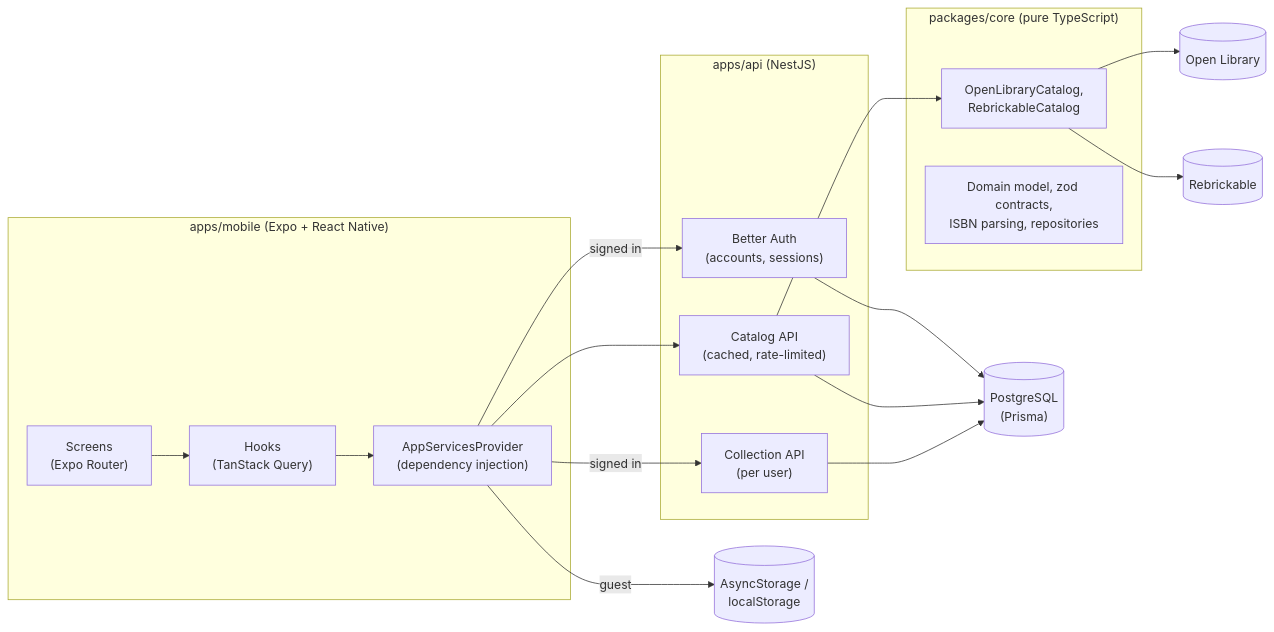
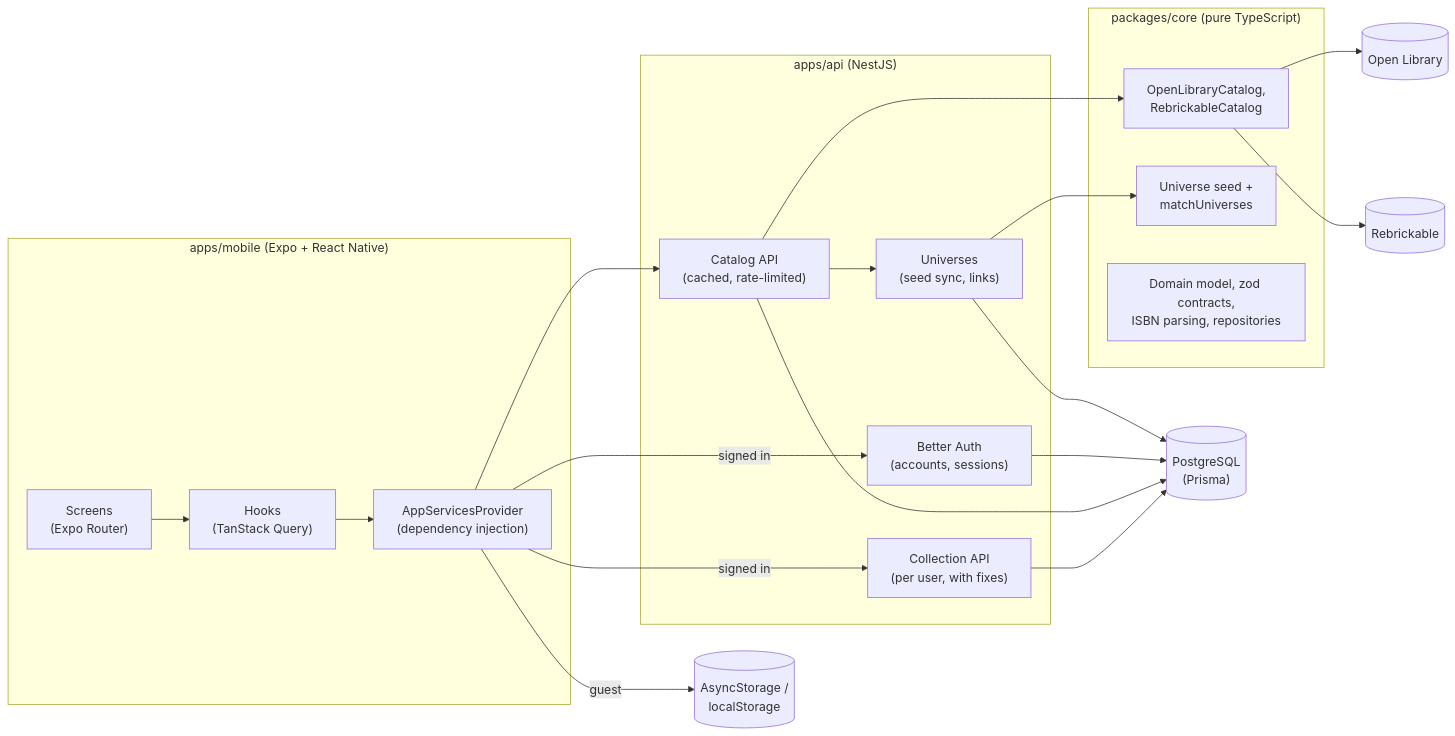
Before and after one commit to sbm2310/fandex: the diagram in README.md, drawn with Mermaid. The commit also changed other lines of this file and 8 other files, not shown here.

````diff
--- a/README.md
+++ b/README.md
@@ -40,26 +54,31 @@
 ```mermaid
 flowchart LR
   subgraph app["apps/mobile (Expo + React Native)"]
     screens["Screens<br/>(Expo Router)"] --> hooks["Hooks<br/>(TanStack Query)"]
     hooks --> services["AppServicesProvider<br/>(dependency injection)"]
   end
   subgraph api["apps/api (NestJS)"]
     auth["Better Auth<br/>(accounts, sessions)"]
     catalogApi["Catalog API<br/>(cached, rate-limited)"]
-    collectionApi["Collection API<br/>(per user)"]
+    collectionApi["Collection API<br/>(per user, with fixes)"]
+    universeApi["Universes<br/>(seed sync, links)"]
   end
   subgraph core["packages/core (pure TypeScript)"]
     adapters["OpenLibraryCatalog,<br/>RebrickableCatalog"]
+    universes["Universe seed +<br/>matchUniverses"]
     domain["Domain model, zod contracts,<br/>ISBN parsing, repositories"]
   end
   services -->|"signed in"| auth
   services --> catalogApi
   services -->|"signed in"| collectionApi
   services -->|"guest"| kv[("AsyncStorage /<br/>localStorage")]
   catalogApi --> adapters
+  catalogApi --> universeApi
+  universeApi --> universes
+  universeApi --> pg
   adapters --> ol[("Open Library")]
   adapters --> rb[("Rebrickable")]
   auth --> pg[("PostgreSQL<br/>(Prisma)")]
   catalogApi --> pg
   collectionApi --> pg
 ```
````
